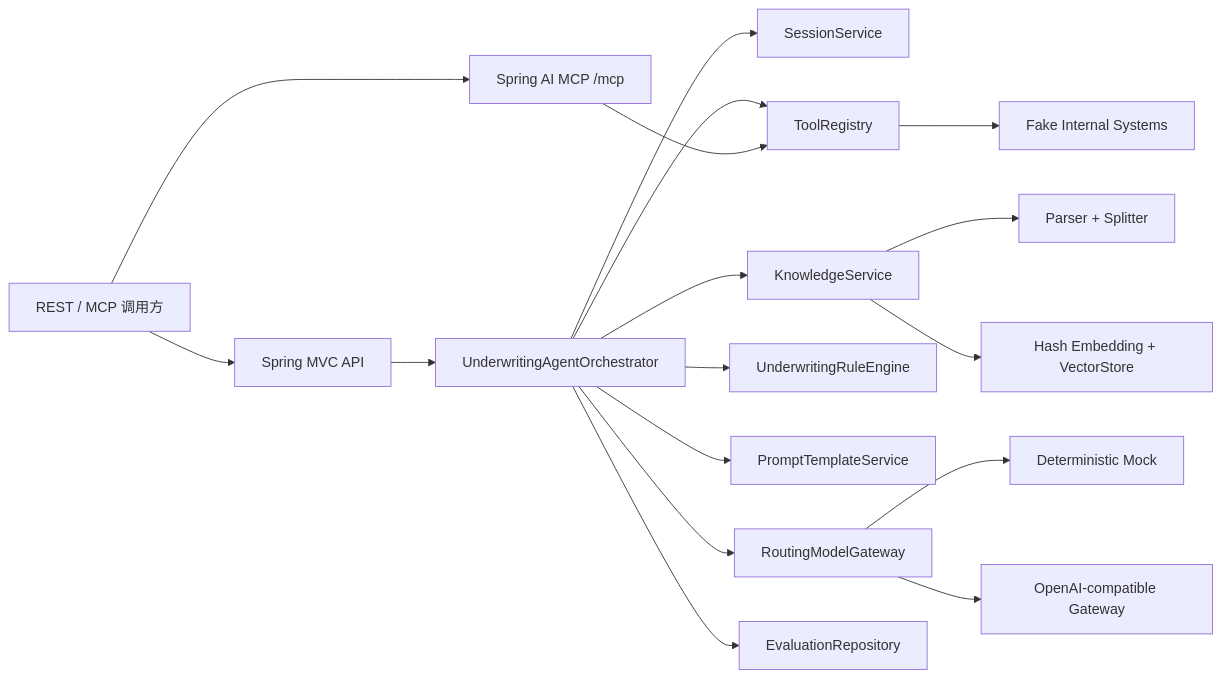
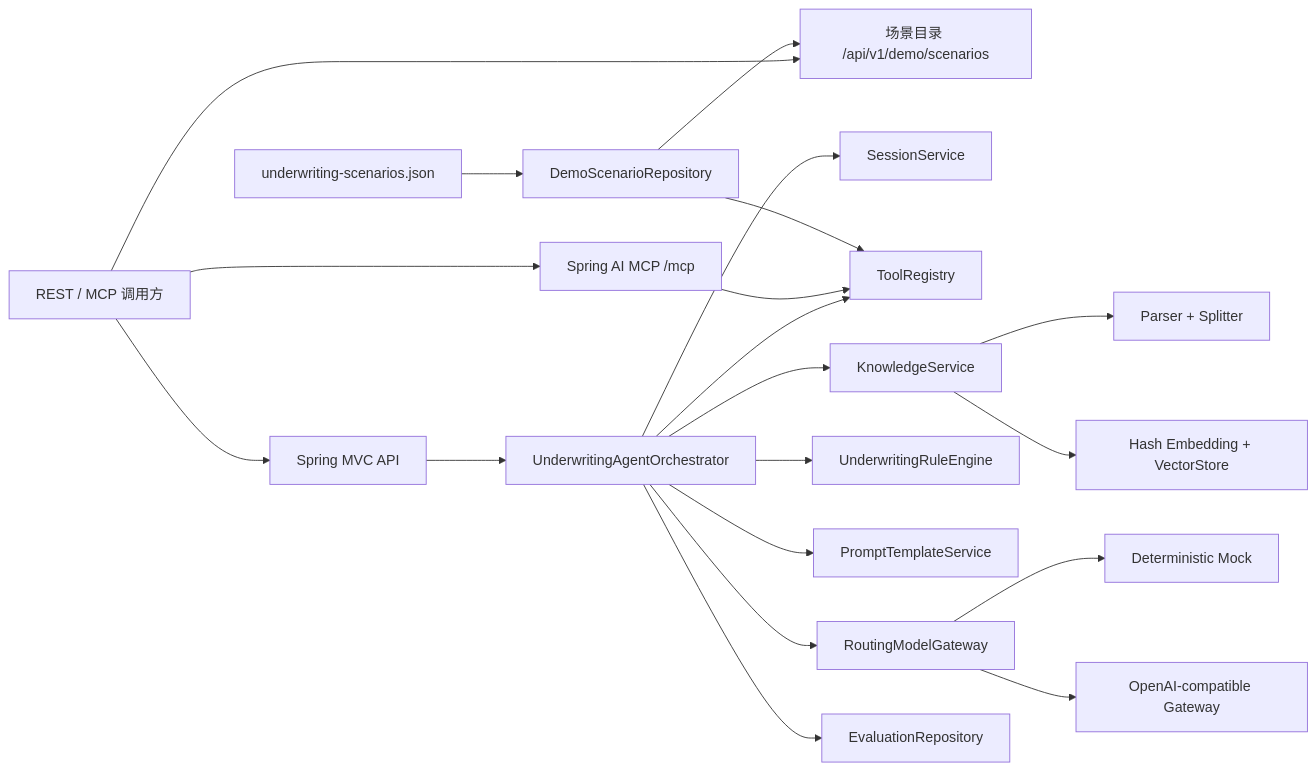
The diagram in docs/ARCHITECTURE.md (hrniux/insurance-underwriting-agent-demo), drawn with Mermaid before and after one commit. The commit also changed other lines of this file and 5 other files, not shown here.

````diff
--- a/docs/ARCHITECTURE.md
+++ b/docs/ARCHITECTURE.md
@@ -11,19 +11,22 @@
 ```mermaid
 flowchart LR
     User["REST / MCP 调用方"] --> API["Spring MVC API"]
     User --> MCP["Spring AI MCP /mcp"]
+    User --> DemoAPI["场景目录 /api/v1/demo/scenarios"]
     API --> Agent["UnderwritingAgentOrchestrator"]
     Agent --> Session["SessionService"]
     Agent --> Tools["ToolRegistry"]
     MCP --> Tools
-    Tools --> Internal["Fake Internal Systems"]
+    Data["underwriting-scenarios.json"] --> Scenarios["DemoScenarioRepository"]
+    Scenarios --> Tools
+    Scenarios --> DemoAPI
     Agent --> RAG["KnowledgeService"]
     RAG --> Split["Parser + Splitter"]
     RAG --> Vector["Hash Embedding + VectorStore"]
     Agent --> Rules["UnderwritingRuleEngine"]
     Agent --> Prompt["PromptTemplateService"]
     Agent --> Router["RoutingModelGateway"]
     Router --> Mock["Deterministic Mock"]
     Router --> Compatible["OpenAI-compatible Gateway"]
     Agent --> Evaluation["EvaluationRepository"]
 ```
````
